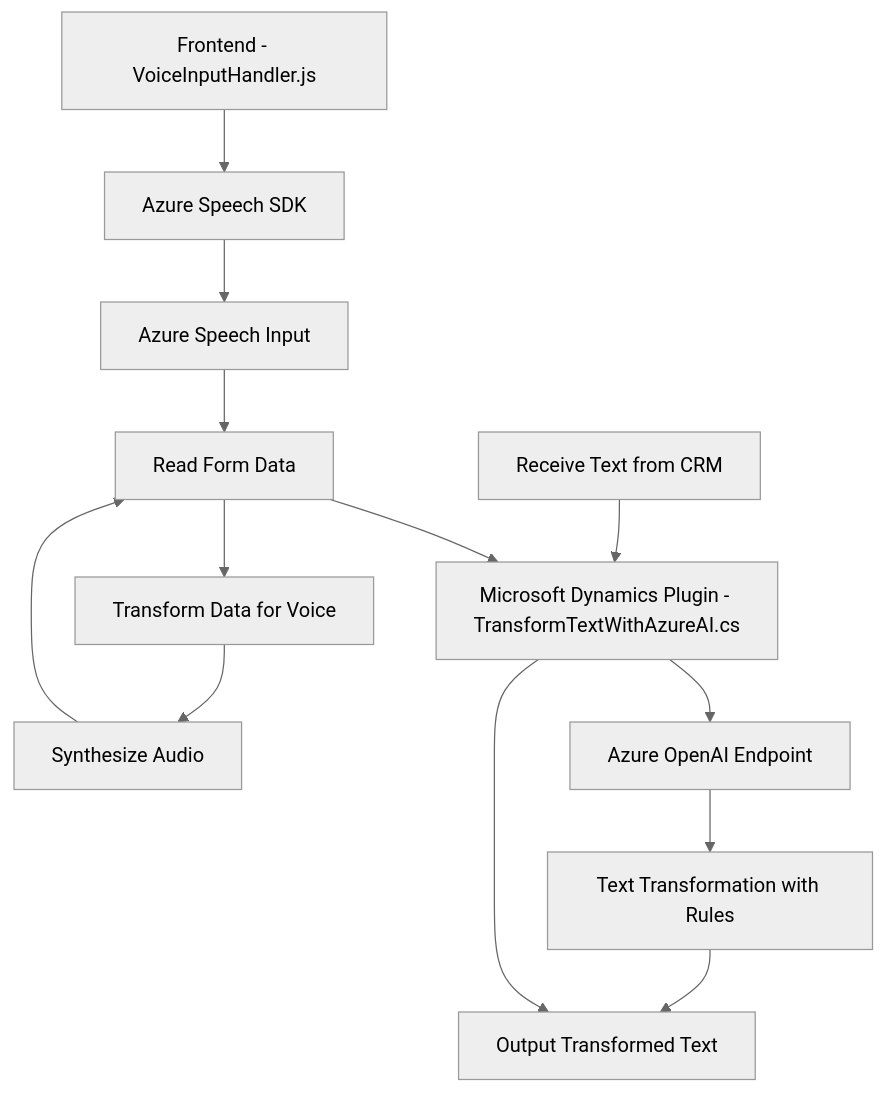
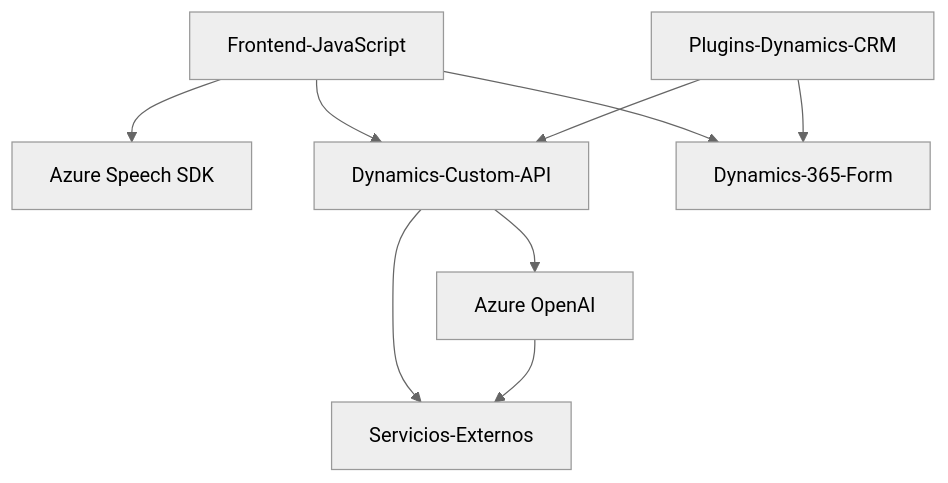
The diagram in README.md (blopezdm/NETCORE_BILBAO2025), drawn with Mermaid (neutral theme) before and after one commit. The commit also changed other lines of this file, not shown here.

````diff
--- a/README.md
+++ b/README.md
@@ -50,25 +46,18 @@
 ```mermaid
 graph TD
-    A["Frontend - VoiceInputHandler.js"]
-    B["Azure Speech Input"]
-    C["Azure Speech SDK"]
-    D["Read Form Data"]
-    E["Transform Data for Voice"]
-    F["Synthesize Audio"]
-    G["Microsoft Dynamics Plugin - TransformTextWithAzureAI.cs"]
-    H["Receive Text from CRM"]
-    I["Azure OpenAI Endpoint"]
-    J["Text Transformation with Rules"]
-    K["Output Transformed Text"]
+A["Servicios-Externos"]
+B["Frontend-JavaScript"]
+C["Plugins-Dynamics-CRM"]
+D["Azure Speech SDK"]
+E["Azure OpenAI"]
+F["Dynamics-Custom-API"]
 
-    A --> C
-    C --> B
-    B --> D
-    D --> E
-    E --> F
-    H --> G
-    G --> I
-    I --> J
-    J --> K
-    F --> D --> G --> K
+B --> D
+B --> F
+C --> F
+F --> E
+F --> A
+E --> A
+B --> Dynamics["Dynamics-365-Form"]
+C --> Dynamics
 ```
````
